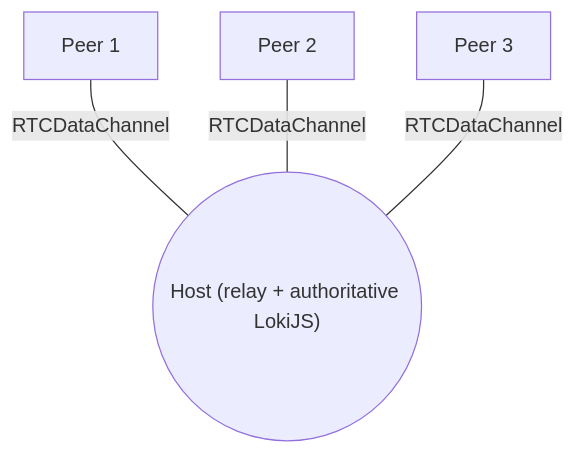
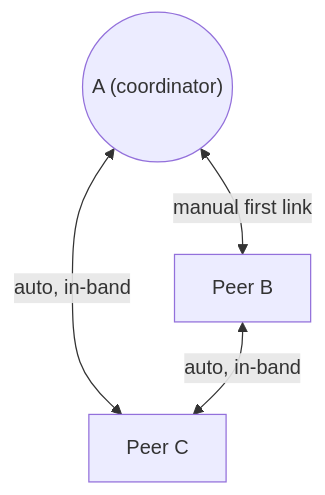
One commit to Pedjon/planning-poker changed the diagram in README.md. Above: the diagram before and after it, drawn with Mermaid. The commit also changed other lines of this file and 6 other files, not shown here.

````diff
--- a/README.md
+++ b/README.md
@@ -47,10 +47,9 @@
 ```mermaid
 flowchart TB
-  Host(("Host (relay + authoritative LokiJS)"))
-  P1["Peer 1"]
-  P2["Peer 2"]
-  P3["Peer 3"]
-  P1 ---|"RTCDataChannel"| Host
-  P2 ---|"RTCDataChannel"| Host
-  P3 ---|"RTCDataChannel"| Host
+  A(("A (coordinator)"))
+  B["Peer B"]
+  C["Peer C"]
+  A <-->|"manual first link"| B
+  A <-->|"auto, in-band"| C
+  B <-->|"auto, in-band"| C
 ```
````
